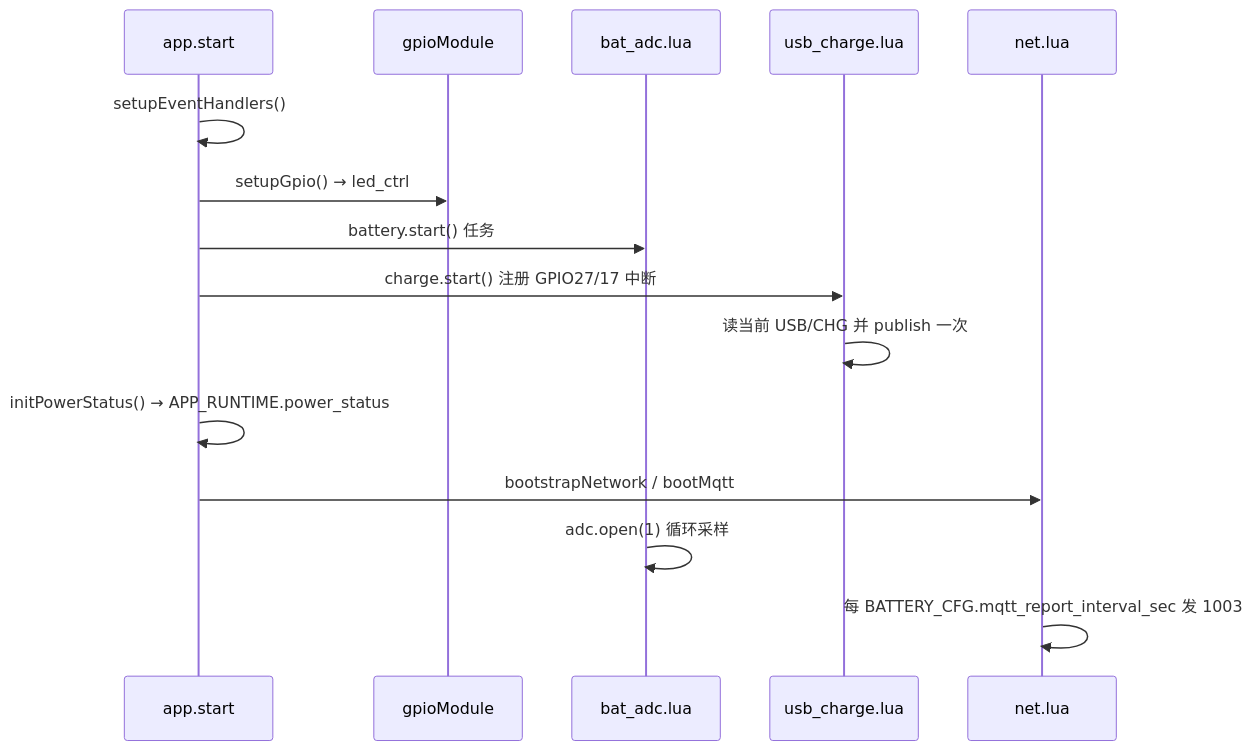
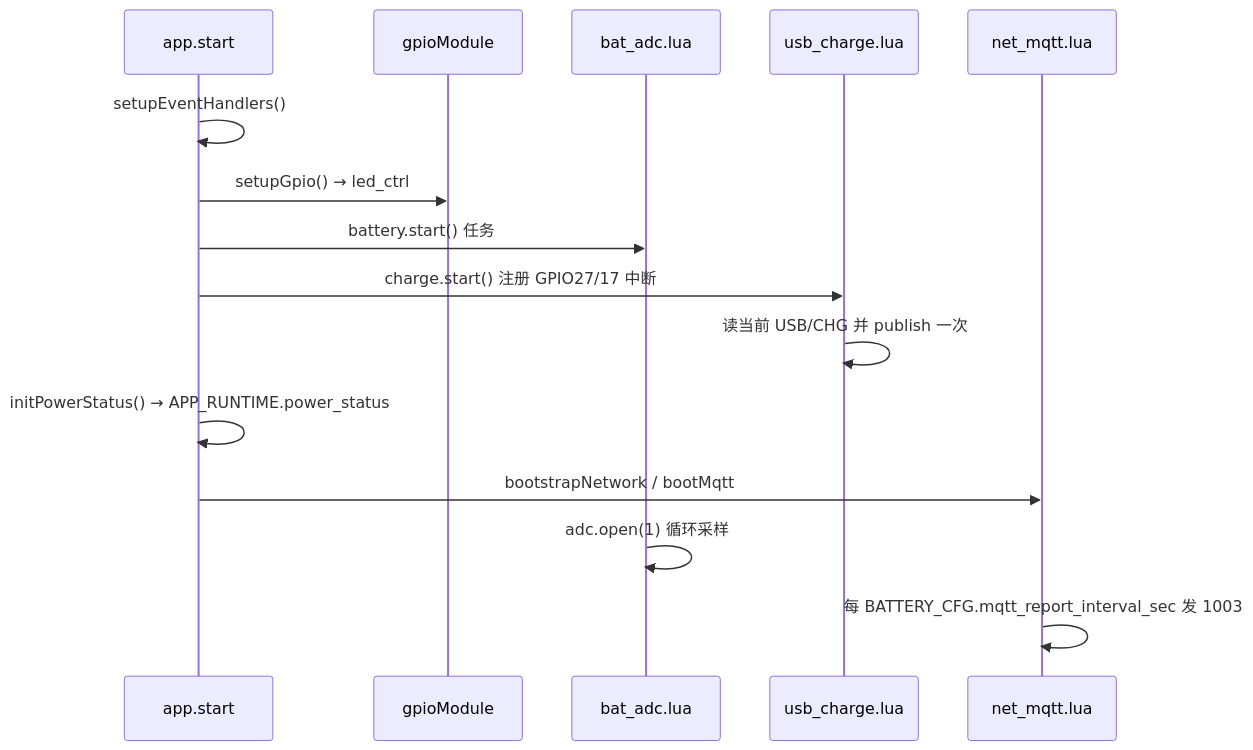
The second of 4 diagrams in doc/CHARGE_BATTERY.md (dzr1986/AIR780EHM), drawn with Mermaid before and after one commit. The commit also changed other lines of this file and 35 other files, not shown here.

First line of the commit message:
refactor: 拆分 net_mqtt/net_tcp 并统一 t3x 命名

````diff
--- a/doc/CHARGE_BATTERY.md
+++ b/doc/CHARGE_BATTERY.md
@@ -156,18 +156,18 @@
 ```mermaid
 sequenceDiagram
     participant APP as app.start
     participant GPIO as gpioModule
     participant BAT as bat_adc.lua
     participant CHG as usb_charge.lua
-    participant NET as net.lua
+    participant NET as net_mqtt.lua
 
     APP->>APP: setupEventHandlers()
     APP->>GPIO: setupGpio() → led_ctrl
     APP->>BAT: battery.start() 任务
     APP->>CHG: charge.start() 注册 GPIO27/17 中断
     CHG->>CHG: 读当前 USB/CHG 并 publish 一次
     APP->>APP: initPowerStatus() → APP_RUNTIME.power_status
     APP->>NET: bootstrapNetwork / bootMqtt
     BAT->>BAT: adc.open(1) 循环采样
     NET->>NET: 每 BATTERY_CFG.mqtt_report_interval_sec 发 1003
 ```
````
